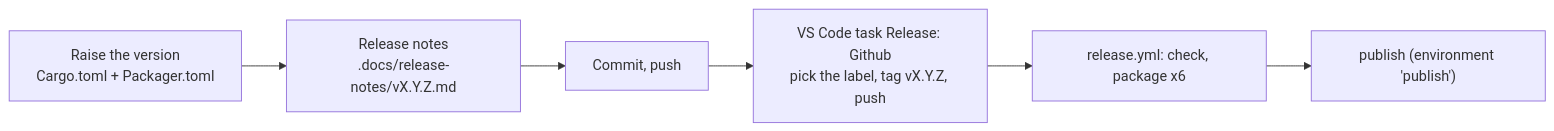
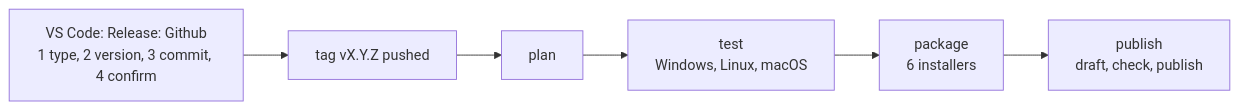
Before and after one commit to Albadit/DnnManager: the diagram in .docs/releasing.md, drawn with Mermaid. The commit also changed other lines of this file and 73 other files, not shown here.

Commit message:
release: v2.0.0-rc2 - the app rebuilt in rust, installers for windows macos and linux, settings carried over

````diff
--- a/.docs/releasing.md
+++ b/.docs/releasing.md
@@ -5,8 +6,8 @@
 ```mermaid
 flowchart LR
-    A["Raise the version<br/>Cargo.toml + Packager.toml"] --> B["Release notes<br/>.docs/release-notes/vX.Y.Z.md"]
-    B --> C["Commit, push"]
-    C --> D["VS Code task Release: Github<br/>pick the label, tag vX.Y.Z, push"]
-    D --> E["release.yml: check, package x6"]
-    E --> F["publish (environment 'publish')"]
+    A["VS Code: Release: Github<br/>1 type, 2 version, 3 commit, 4 confirm"] --> B["tag vX.Y.Z pushed"]
+    B --> C["plan"]
+    C --> D["test<br/>Windows, Linux, macOS"]
+    D --> E["package<br/>6 installers"]
+    E --> F["publish<br/>draft, check, publish"]
 ```
````
